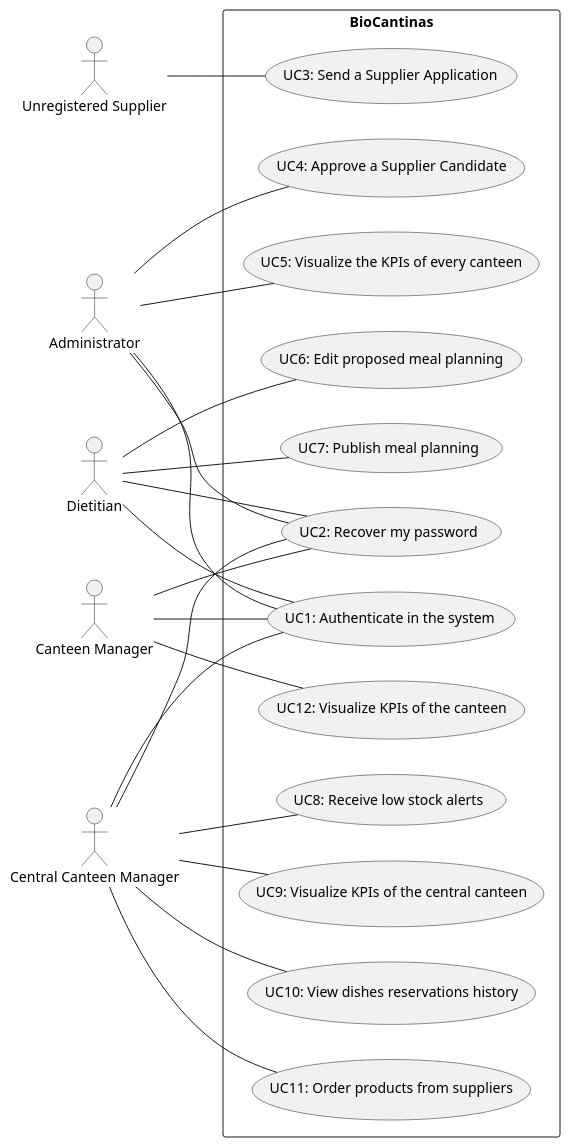
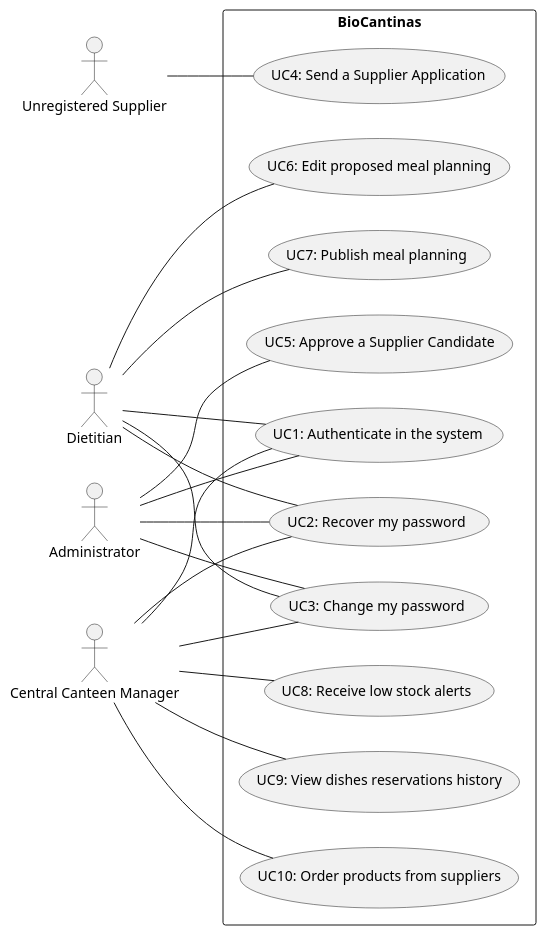
Before and after one commit to mei-desofs/desofs2026-thu_ffs_1: the diagram in Deliverables/phase1/diagrams/uc.puml, drawn with PlantUML.

Commit message:
#1 use case diagram

```diff
--- a/Deliverables/phase1/diagrams/uc.puml
+++ b/Deliverables/phase1/diagrams/uc.puml
@@ -1,40 +1,37 @@
 @startuml
 left to right direction
 
 actor UnregisteredSupplier as "Unregistered Supplier"
 actor Admin as "Administrator"
 actor Dietitian
 actor CentralCanteenManager as "Central Canteen Manager"
-actor CanteenManager as "Canteen Manager"
 
 
 rectangle BioCantinas {
 
     CentralCanteenManager -- (UC1: Authenticate in the system)
-    CanteenManager -- (UC1: Authenticate in the system)
     Dietitian -- (UC1: Authenticate in the system)
     Admin -- (UC1: Authenticate in the system)
 
     CentralCanteenManager -- (UC2: Recover my password)
-    CanteenManager -- (UC2: Recover my password)
     Dietitian -- (UC2: Recover my password)
     Admin -- (UC2: Recover my password)
 
-    UnregisteredSupplier -- (UC3: Send a Supplier Application)
+    CentralCanteenManager -- (UC3: Change my password)
+    Dietitian -- (UC3: Change my password)
+    Admin -- (UC3: Change my password)
 
-    Admin -- (UC4: Approve a Supplier Candidate)
-    Admin -- (UC5: Visualize the KPIs of every canteen)
+    UnregisteredSupplier -- (UC4: Send a Supplier Application)
+
+    Admin -- (UC5: Approve a Supplier Candidate)
 
     Dietitian -- (UC6: Edit proposed meal planning)
     Dietitian -- (UC7: Publish meal planning)
 
     CentralCanteenManager -- (UC8: Receive low stock alerts)
-    CentralCanteenManager -- (UC9: Visualize KPIs of the central canteen)
-    CentralCanteenManager -- (UC10: View dishes reservations history)
-    CentralCanteenManager -- (UC11: Order products from suppliers)
-
-    CanteenManager -- (UC12: Visualize KPIs of the canteen)
+    CentralCanteenManager -- (UC9: View dishes reservations history)
+    CentralCanteenManager -- (UC10: Order products from suppliers)
 
 }
 
 @enduml
```
